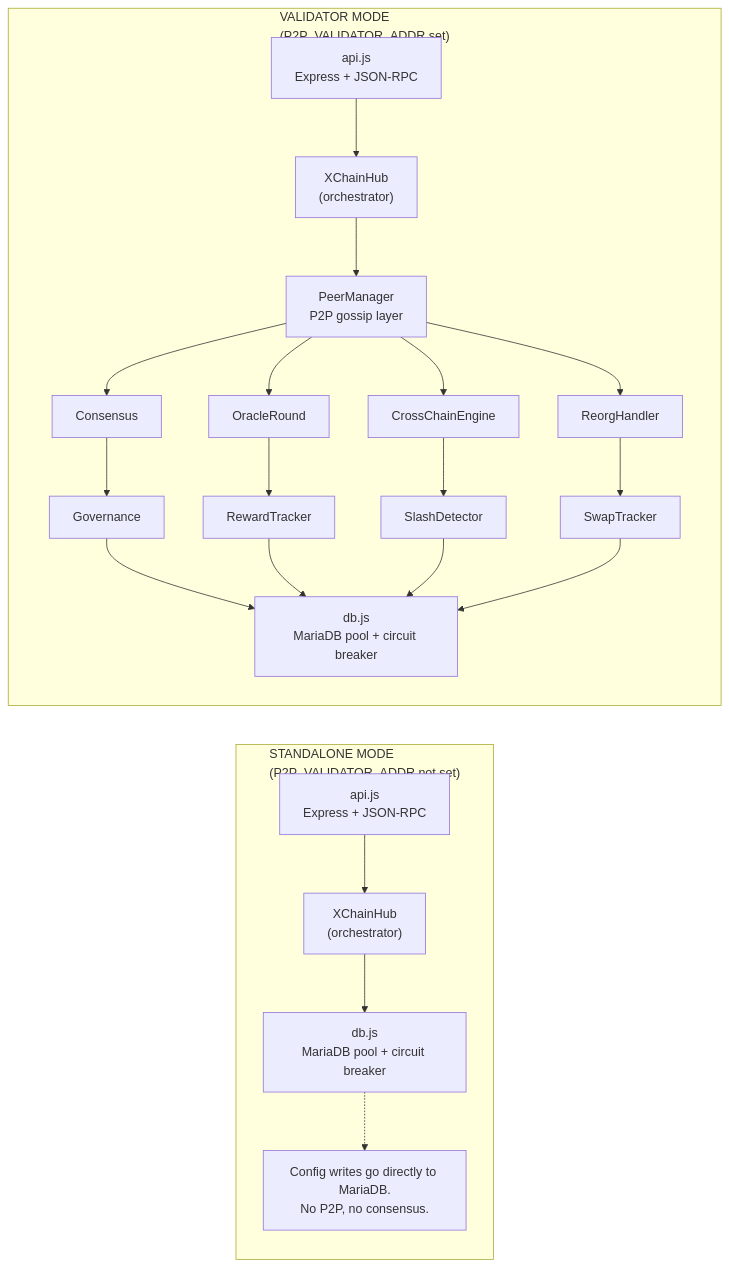
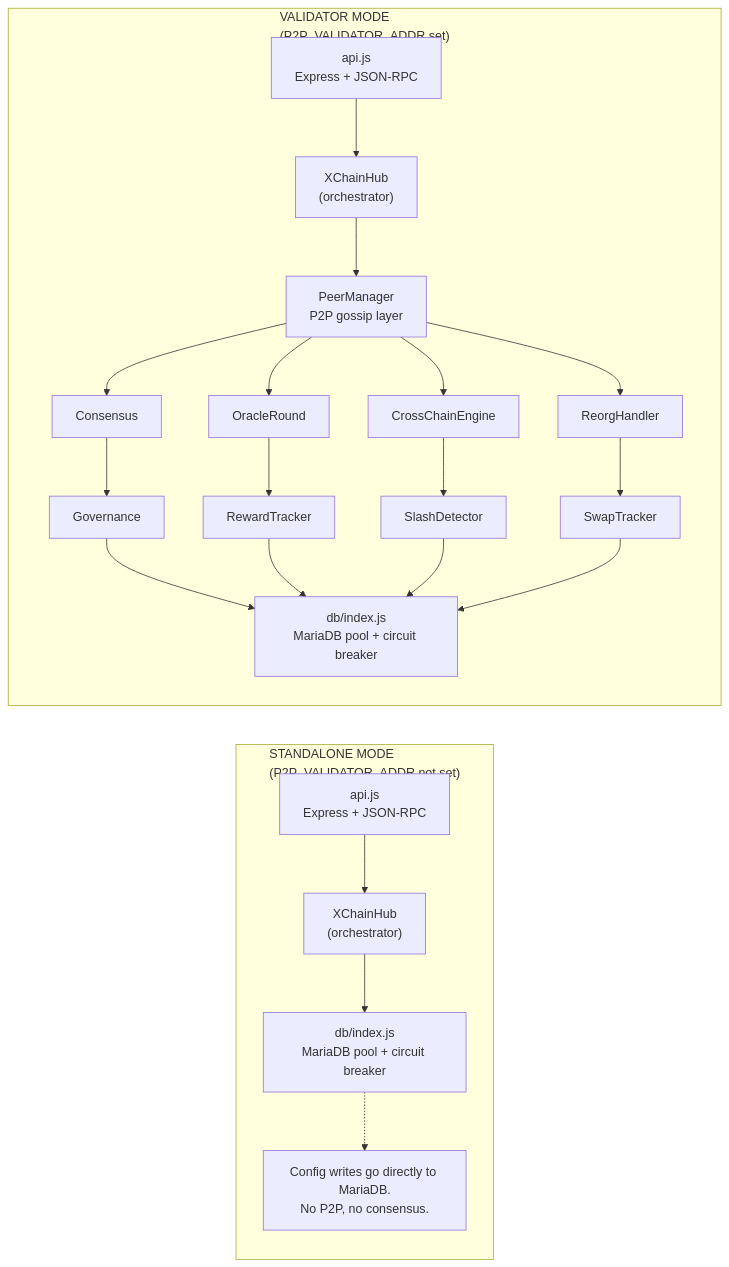
The second of 11 diagrams in components/hub/architecture.md (XChain-Platform/xchain-documentation), drawn with Mermaid before and after one commit. The commit also changed other lines of this file and 2 other files, not shown here.

````diff
--- a/components/hub/architecture.md
+++ b/components/hub/architecture.md
@@ -36,38 +36,38 @@
 ```mermaid
 flowchart LR
     subgraph STANDALONE["STANDALONE MODE<br>(P2P_VALIDATOR_ADDR not set)"]
         direction TB
         SA_API["api.js<br>Express + JSON-RPC"]
         SA_HUB["XChainHub<br>(orchestrator)"]
-        SA_DB["db.js<br>MariaDB pool + circuit breaker"]
+        SA_DB["db/index.js<br>MariaDB pool + circuit breaker"]
         SA_NOTE["Config writes go directly to MariaDB.<br>No P2P, no consensus."]
         SA_API --> SA_HUB --> SA_DB
         SA_DB -.-> SA_NOTE
     end
 
     subgraph VALIDATOR["VALIDATOR MODE<br>(P2P_VALIDATOR_ADDR set)"]
         direction TB
         VA_API["api.js<br>Express + JSON-RPC"]
         VA_HUB["XChainHub<br>(orchestrator)"]
         VA_PEER["PeerManager<br>P2P gossip layer"]
         VA_CONS["Consensus"]
         VA_ORACLE["OracleRound"]
         VA_CROSS["CrossChainEngine"]
         VA_REORG["ReorgHandler"]
         VA_GOV["Governance"]
         VA_REWARD["RewardTracker"]
         VA_SLASH["SlashDetector"]
         VA_SWAP["SwapTracker"]
-        VA_DB["db.js<br>MariaDB pool + circuit breaker"]
+        VA_DB["db/index.js<br>MariaDB pool + circuit breaker"]
 
         VA_API --> VA_HUB --> VA_PEER
         VA_PEER --> VA_CONS --> VA_GOV
         VA_PEER --> VA_ORACLE --> VA_REWARD
         VA_PEER --> VA_CROSS --> VA_SLASH
         VA_PEER --> VA_REORG --> VA_SWAP
         VA_GOV --> VA_DB
         VA_REWARD --> VA_DB
         VA_SLASH --> VA_DB
         VA_SWAP --> VA_DB
     end
 ```
````
